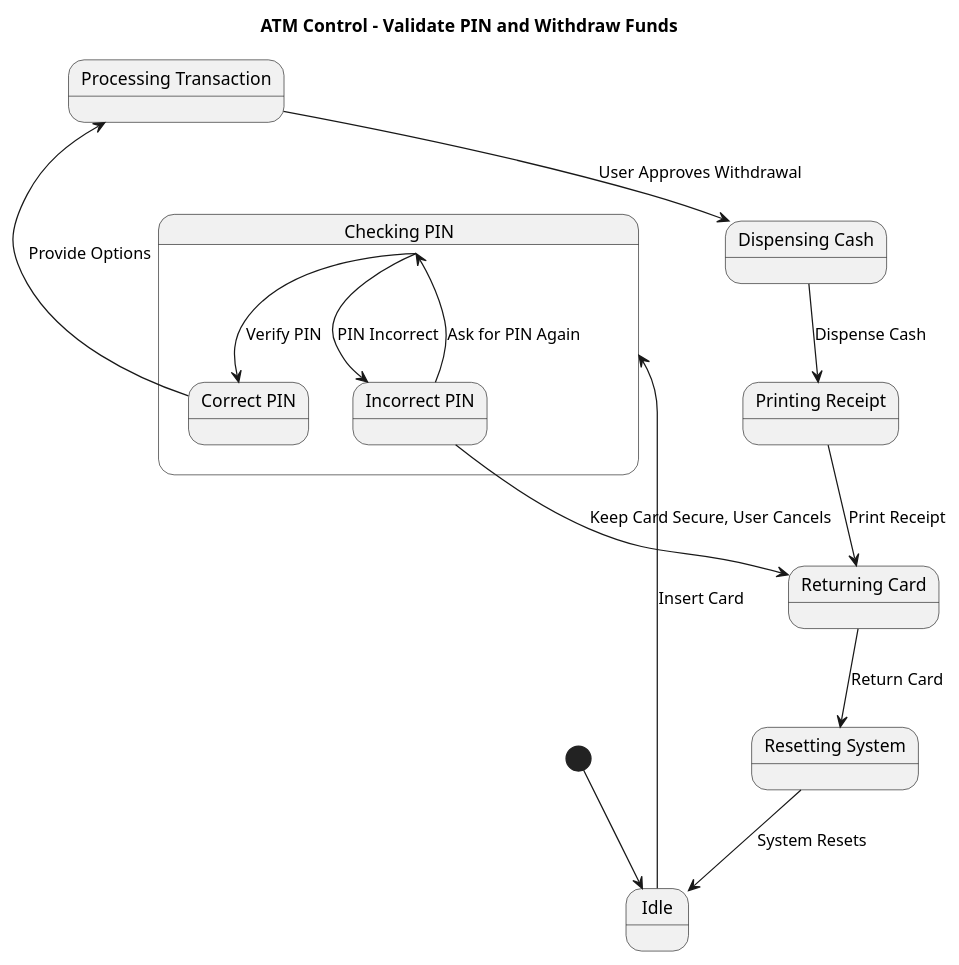
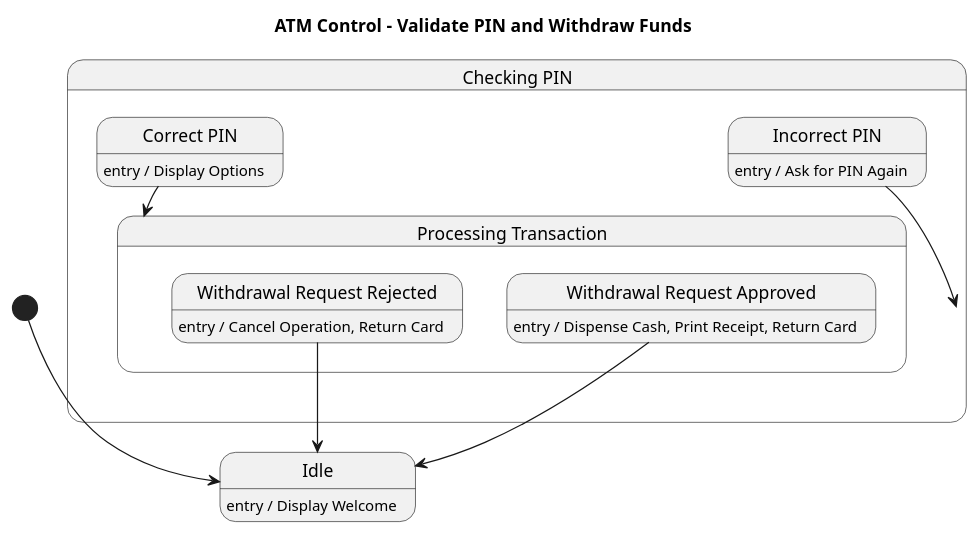
The diagram in results/plantuml_pipeline_run3/runs/open_source__qwen25_7b_instruct__rag/case_67_atm_many_scenarios_1/run_01.puml (maimunafaria/State_transition_Diagram_generated_by_LLM), drawn with PlantUML before and after one commit. The commit also changed 163 other files, not shown here.

```diff
--- a/results/plantuml_pipeline_run3/runs/open_source__qwen25_7b_instruct__rag/case_67_atm_many_scenarios_1/run_01.puml
+++ b/results/plantuml_pipeline_run3/runs/open_source__qwen25_7b_instruct__rag/case_67_atm_many_scenarios_1/run_01.puml
@@ -1,45 +1,30 @@
 @startuml
 title ATM Control - Validate PIN and Withdraw Funds
 
 [*] --> Idle
 
 state Idle
 
 state "Checking PIN" as CheckingPIN {
   state "Correct PIN" as CorrectPIN
   state "Incorrect PIN" as IncorrectPIN
+
+  CorrectPIN : entry / Display Options
+  CorrectPIN --> ProcessingTransaction
+  IncorrectPIN : entry / Ask for PIN Again
+  IncorrectPIN --> CheckingPIN
 }
 
-state "Processing Transaction" as ProcessingTransaction
+state "Processing Transaction" as ProcessingTransaction {
+  state "Withdrawal Request Approved" as WithdrawalApproved
+  state "Withdrawal Request Rejected" as WithdrawalRejected
 
-state "Dispensing Cash" as DispensingCash
+  WithdrawalApproved : entry / Dispense Cash, Print Receipt, Return Card
+  WithdrawalApproved --> Idle
+  WithdrawalRejected : entry / Cancel Operation, Return Card
+  WithdrawalRejected --> Idle
+}
 
-state "Printing Receipt" as PrintingReceipt
-
-state "Returning Card" as ReturningCard
-
-state "Resetting System" as ResettingSystem
-
-Idle --> CheckingPIN : Insert Card
-
-CheckingPIN --> CorrectPIN : Verify PIN
-
-CorrectPIN --> ProcessingTransaction : Provide Options
-
-ProcessingTransaction --> DispensingCash : User Approves Withdrawal
-
-DispensingCash --> PrintingReceipt : Dispense Cash
-
-PrintingReceipt --> ReturningCard : Print Receipt
-
-ReturningCard --> ResettingSystem : Return Card
-
-ResettingSystem --> Idle : System Resets
-
-CheckingPIN --> IncorrectPIN : PIN Incorrect
-
-IncorrectPIN --> CheckingPIN : Ask for PIN Again
-
-IncorrectPIN --> ReturningCard : Keep Card Secure, User Cancels
+state Idle : entry / Display Welcome
 
 @enduml
```
